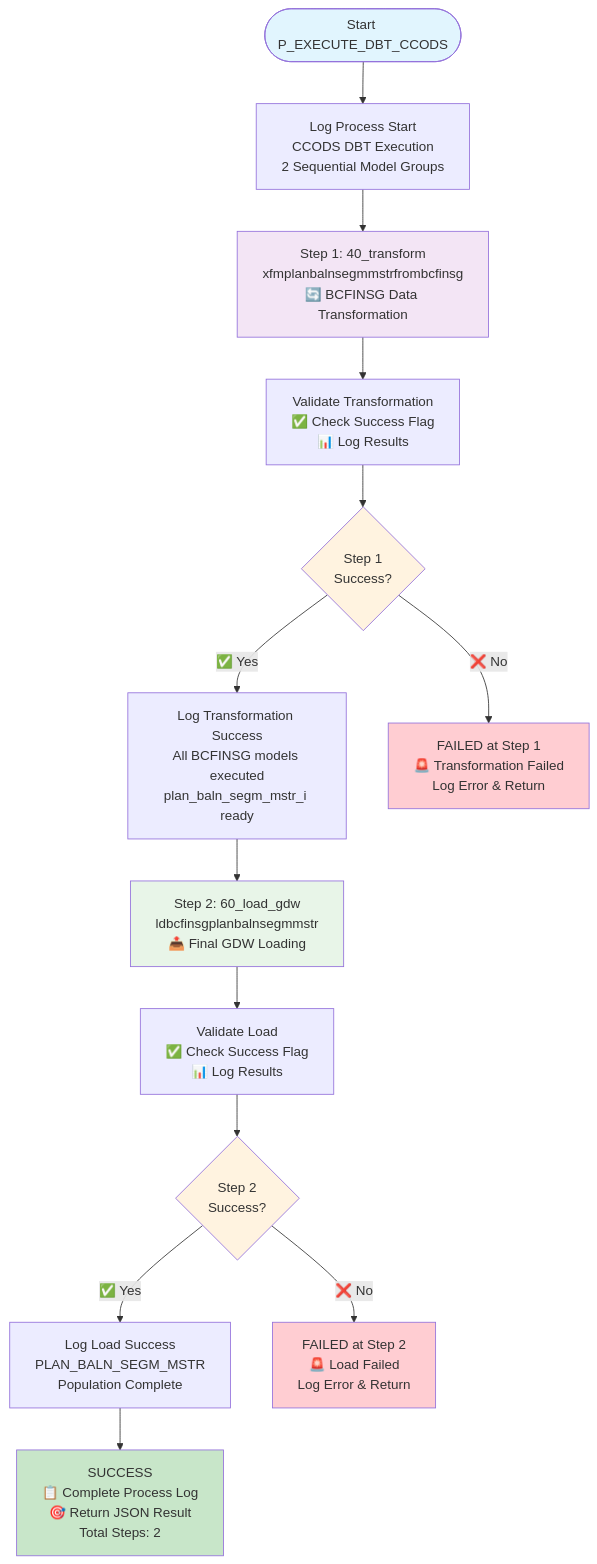
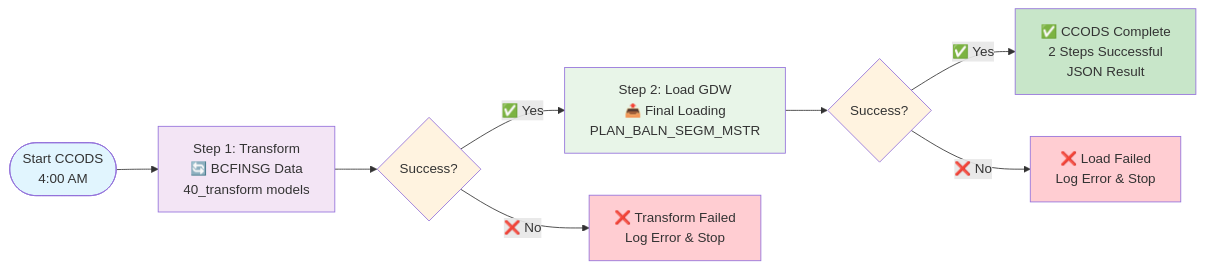
The second of 5 diagrams in GDW1/CCODS/README.md (sfc-gh-mhindi/REPO_CBA), drawn with Mermaid before and after one commit. The commit also changed other lines of this file, not shown here.

First line of the commit message:
Make diagrams more horizontal and screenshot-friendly

````diff
--- a/GDW1/CCODS/README.md
+++ b/GDW1/CCODS/README.md
@@ -143,35 +117,21 @@
 ```mermaid
-flowchart TD
-    START_CCODS([Start P_EXECUTE_DBT_CCODS]) --> LOG_START[Log Process Start<br/>CCODS DBT Execution<br/>2 Sequential Model Groups]
+flowchart LR
+    START([Start CCODS<br/>4:00 AM]) --> STEP1[Step 1: Transform<br/>🔄 BCFINSG Data<br/>40_transform models]
     
-    LOG_START --> STEP1_CCODS[Step 1: 40_transform<br/>xfmplanbalnsegmmstrfrombcfinsg<br/>🔄 BCFINSG Data Transformation]
+    STEP1 --> CHECK1{Success?}
+    CHECK1 -->|✅ Yes| STEP2[Step 2: Load GDW<br/>📤 Final Loading<br/>PLAN_BALN_SEGM_MSTR]
+    CHECK1 -->|❌ No| FAIL1[❌ Transform Failed<br/>Log Error & Stop]
     
-    STEP1_CCODS --> VALIDATE1[Validate Transformation<br/>✅ Check Success Flag<br/>📊 Log Results]
+    STEP2 --> CHECK2{Success?}
+    CHECK2 -->|✅ Yes| SUCCESS[✅ CCODS Complete<br/>2 Steps Successful<br/>JSON Result]
+    CHECK2 -->|❌ No| FAIL2[❌ Load Failed<br/>Log Error & Stop]
     
-    VALIDATE1 --> STEP1_SUCCESS{Step 1<br/>Success?}
-    
-    STEP1_SUCCESS -->|✅ Yes| LOG_TRANSFORM[Log Transformation Success<br/>All BCFINSG models executed<br/>plan_baln_segm_mstr_i ready]
-    
-    STEP1_SUCCESS -->|❌ No| FAIL1[FAILED at Step 1<br/>🚨 Transformation Failed<br/>Log Error & Return]
-    
-    LOG_TRANSFORM --> STEP2_CCODS[Step 2: 60_load_gdw<br/>ldbcfinsgplanbalnsegmmstr<br/>📤 Final GDW Loading]
-    
-    STEP2_CCODS --> VALIDATE2[Validate Load<br/>✅ Check Success Flag<br/>📊 Log Results]
-    
-    VALIDATE2 --> STEP2_SUCCESS{Step 2<br/>Success?}
-    
-    STEP2_SUCCESS -->|✅ Yes| LOG_LOAD[Log Load Success<br/>PLAN_BALN_SEGM_MSTR<br/>Population Complete]
-    
-    STEP2_SUCCESS -->|❌ No| FAIL2[FAILED at Step 2<br/>🚨 Load Failed<br/>Log Error & Return]
-    
-    LOG_LOAD --> SUCCESS_CCODS[SUCCESS<br/>📋 Complete Process Log<br/>🎯 Return JSON Result<br/>Total Steps: 2]
-    
-    style START_CCODS fill:#e1f5fe
-    style STEP1_CCODS fill:#f3e5f5
-    style STEP2_CCODS fill:#e8f5e8
-    style SUCCESS_CCODS fill:#c8e6c9
+    style START fill:#e1f5fe
+    style STEP1 fill:#f3e5f5
+    style STEP2 fill:#e8f5e8
+    style SUCCESS fill:#c8e6c9
     style FAIL1 fill:#ffcdd2
     style FAIL2 fill:#ffcdd2
-    style STEP1_SUCCESS fill:#fff3e0
-    style STEP2_SUCCESS fill:#fff3e0
+    style CHECK1 fill:#fff3e0
+    style CHECK2 fill:#fff3e0
 ```
````
